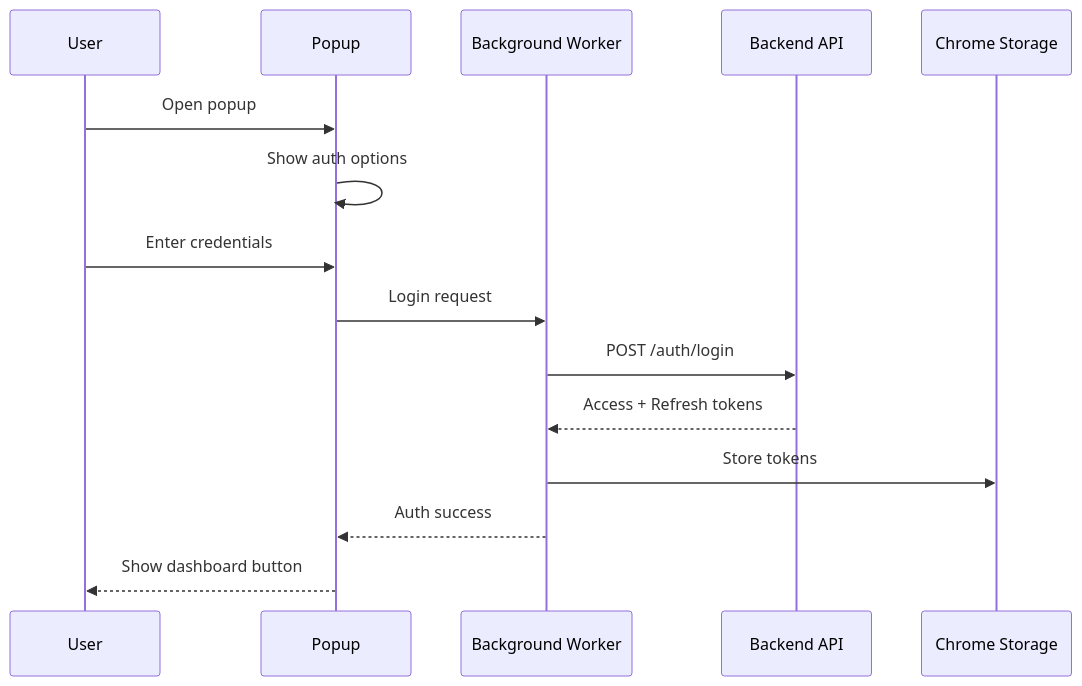
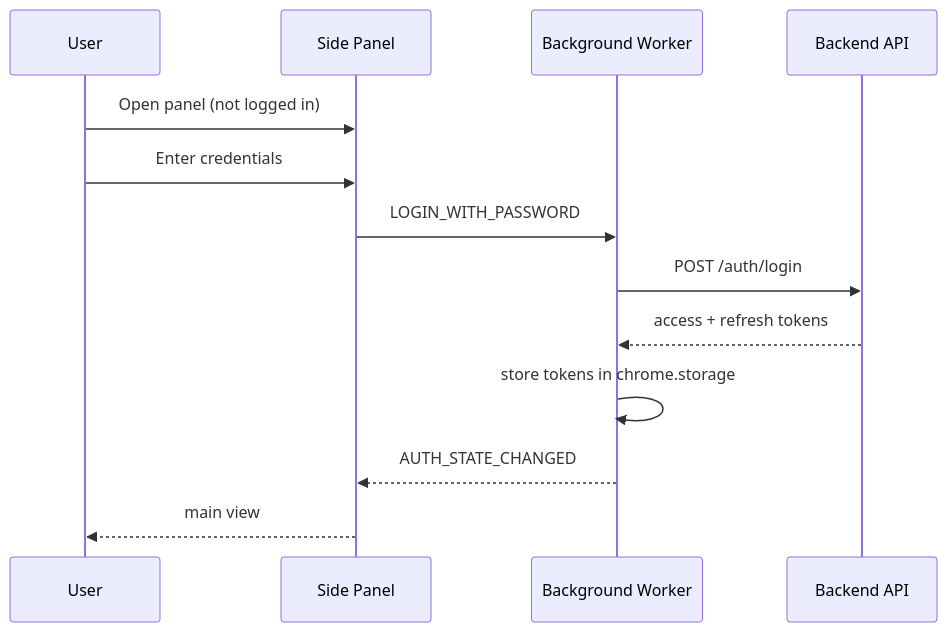
Before and after one commit to benidevo/vega-ai-extension: the third of 3 diagrams in docs/TECHNICAL_DESIGN.md, drawn with Mermaid. The commit also changed other lines of this file and 36 other files, not shown here.

Commit message:
feat: side panel UI revamp and generic job capture (#25)

````diff
--- a/docs/TECHNICAL_DESIGN.md
+++ b/docs/TECHNICAL_DESIGN.md
@@ -225,20 +126,16 @@
 ```mermaid
 sequenceDiagram
     participant U as User
-    participant P as Popup
+    participant SP as Side Panel
     participant BG as Background Worker
     participant API as Backend API
-    participant CS as Chrome Storage
 
-    U->>P: Open popup
-    P->>P: Show auth options
-
-    U->>P: Enter credentials
-    P->>BG: Login request
+    U->>SP: Open panel (not logged in)
+    U->>SP: Enter credentials
+    SP->>BG: LOGIN_WITH_PASSWORD
     BG->>API: POST /auth/login
-
-    API-->>BG: Access + Refresh tokens
-    BG->>CS: Store tokens
-    BG-->>P: Auth success
-    P-->>U: Show dashboard button
+    API-->>BG: access + refresh tokens
+    BG->>BG: store tokens in chrome.storage
+    BG-->>SP: AUTH_STATE_CHANGED
+    SP-->>U: main view
 ```
````
